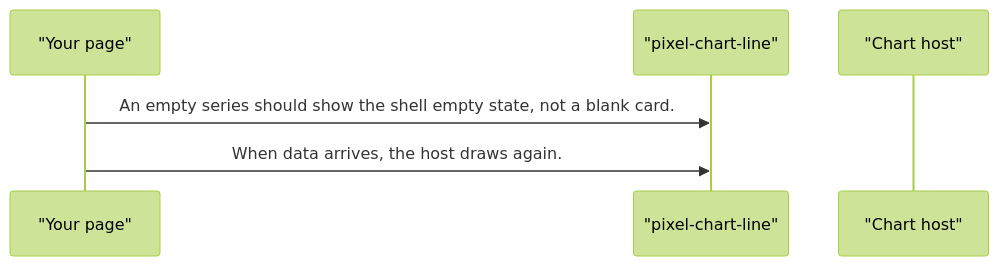
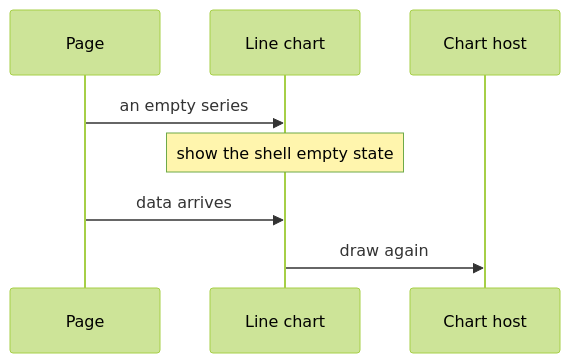
The third of 5 diagrams in projects/pixel-ui/src/lib/pixel-chart-line/DESIGN.md (RajshekharBorate/pixel-ui), drawn with Mermaid (forest theme) before and after one commit. The commit also changed other lines of this file and 73 other files, not shown here.

Commit message:
Explain who owns each value and what each flow does in every component and service design.

````diff
--- a/projects/pixel-ui/src/lib/pixel-chart-line/DESIGN.md
+++ b/projects/pixel-ui/src/lib/pixel-chart-line/DESIGN.md
@@ -71,8 +90,10 @@
 ```mermaid
 sequenceDiagram
-  participant page as "Your page"
-  participant plot as "pixel-chart-line"
-  participant host as "Chart host"
-  page->>plot: An empty series should show the shell empty state, not a blank card.
-  page->>plot: When data arrives, the host draws again.
+  participant Page
+  participant Plot as Line chart
+  participant Host as Chart host
+  Page->>Plot: an empty series
+  Note over Plot: show the shell empty state
+  Page->>Plot: data arrives
+  Plot->>Host: draw again
 ```
````
